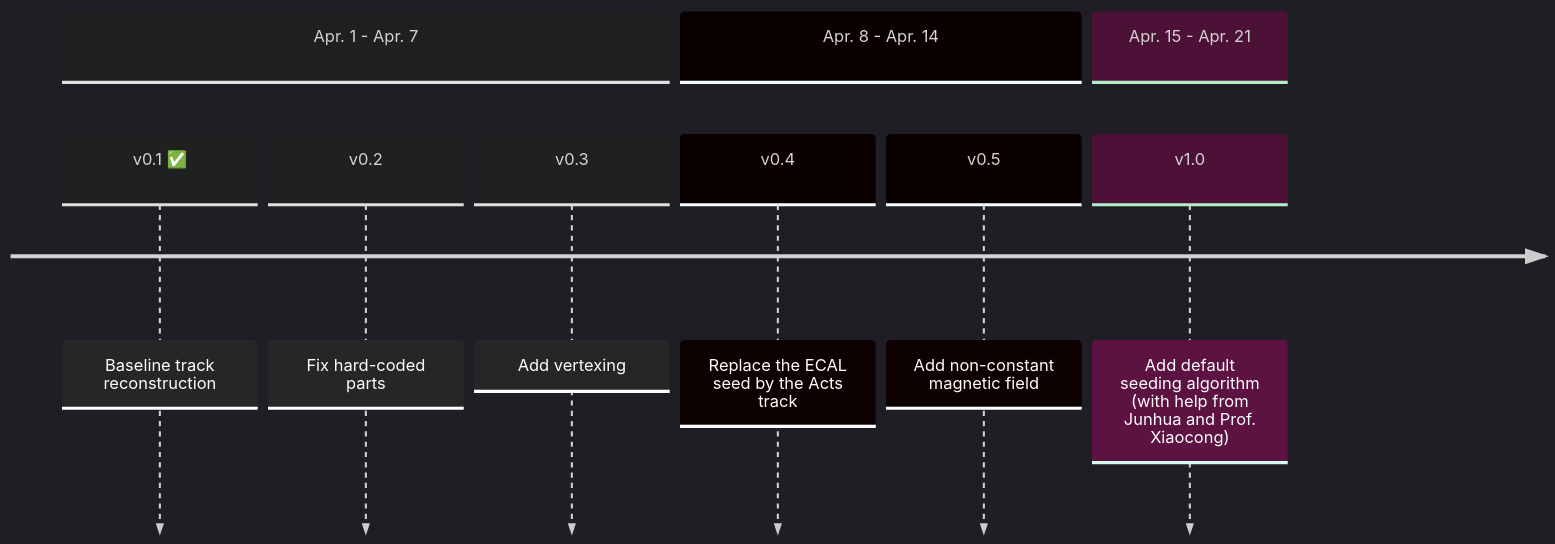
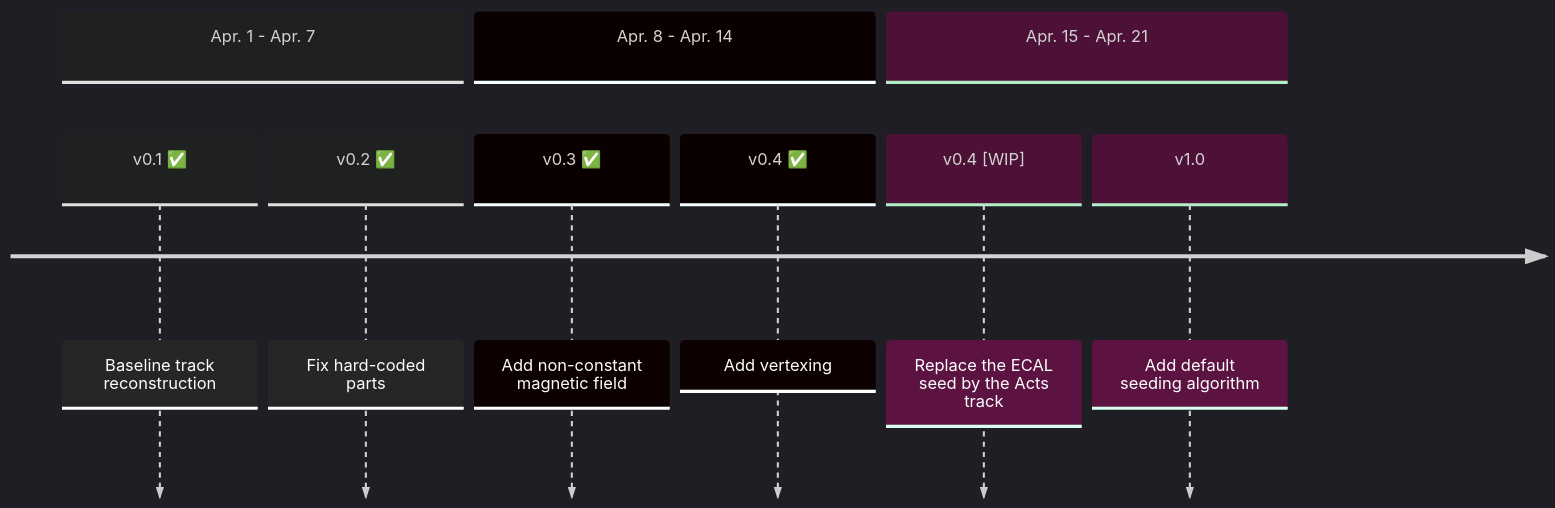
One commit to DarkSHINE-Slides-Xuliang/20240416-acts-v03 changed the diagram in example.md. Above: the diagram before and after it, drawn with Mermaid. The commit also changed other lines of this file and 37 other files, not shown here.

````diff
--- a/example.md
+++ b/example.md
@@ -540,13 +267,13 @@
 ```mermaid
 %%{init: { 'theme': 'dark' } }%%
 timeline
     section Apr. 1 - Apr. 7
         v0.1 ✅ : Baseline track reconstruction
-        v0.2 : Fix hard-coded parts
-        v0.3 : Add vertexing
+        v0.2 ✅ : Fix hard-coded parts
     section Apr. 8 - Apr. 14
-        v0.4 : Replace the ECAL seed by the Acts track
-        v0.5 : Add non-constant magnetic field
+        v0.3 ✅ : Add non-constant magnetic field
+        v0.4 ✅ : Add vertexing
     section Apr. 15 - Apr. 21
-        v1.0 : Add default seeding algorithm (with help from Junhua and Prof. Xiaocong)
+        v0.4 [WIP] : Replace the ECAL seed by the Acts track
+        v1.0 : Add default seeding algorithm
 ```
````
